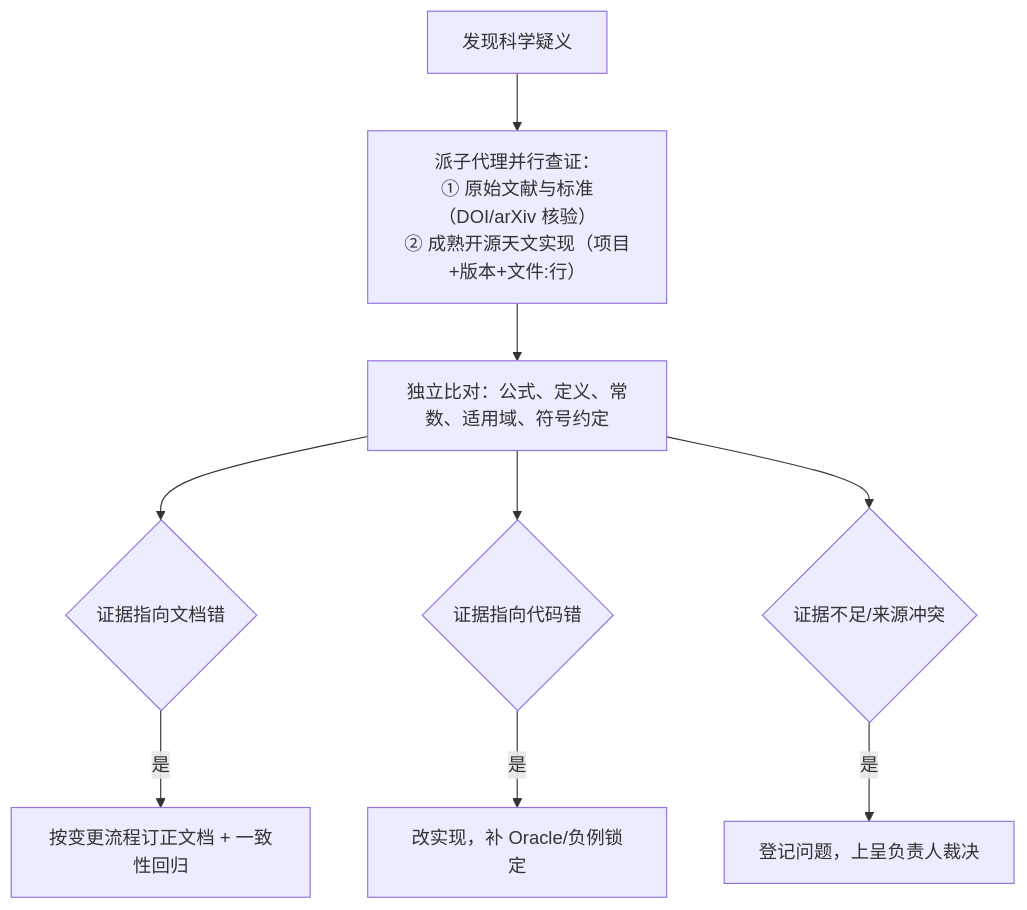
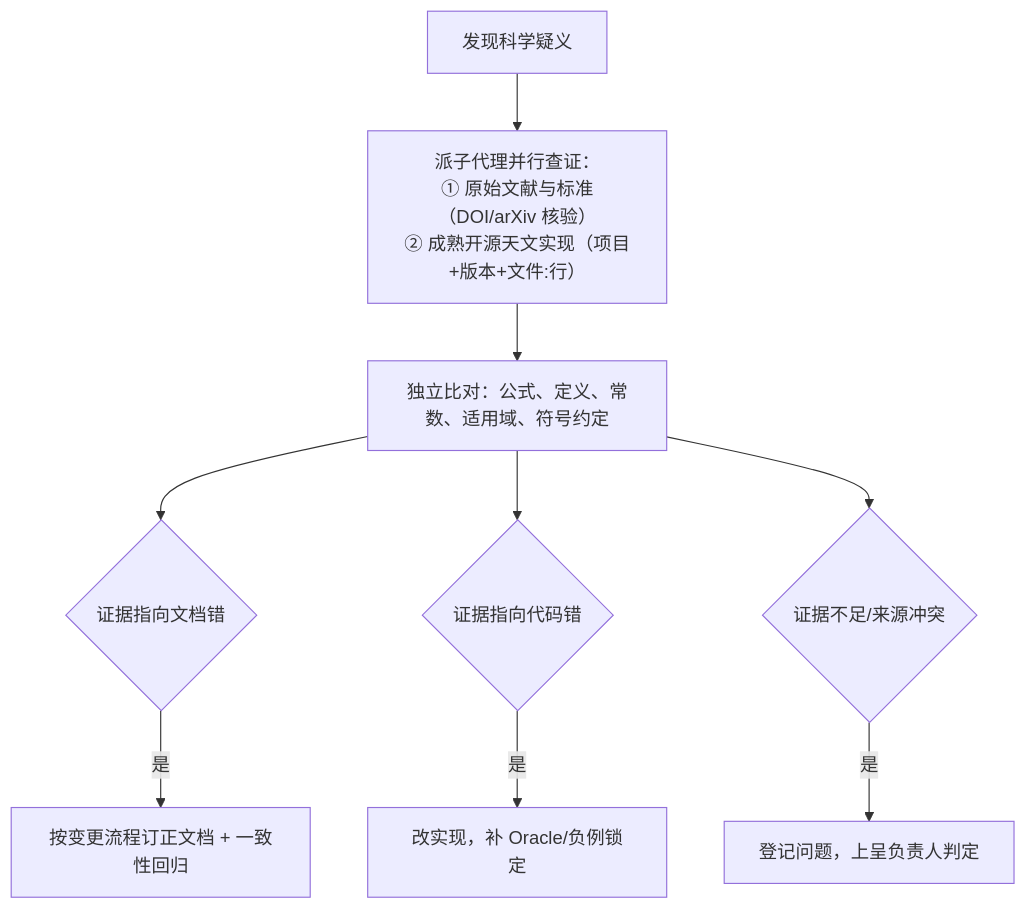
Before and after one commit to fujiaze/Astro-CS-Database: the second of 2 diagrams in AGENTS.md, drawn with Mermaid. The commit also changed other lines of this file and 14 other files, not shown here.

````diff
--- a/AGENTS.md
+++ b/AGENTS.md
@@ -172,11 +172,11 @@
 ```mermaid
 flowchart TD
     Q["发现科学疑义"] --> SUB["派子代理并行查证：<br/>① 原始文献与标准（DOI/arXiv 核验）<br/>② 成熟开源天文实现（项目+版本+文件:行）"]
     SUB --> J["独立比对：公式、定义、常数、适用域、符号约定"]
     J --> D1{"证据指向文档错"}
     J --> D2{"证据指向代码错"}
     J --> D3{"证据不足/来源冲突"}
     D1 -->|是| C1["按变更流程订正文档 + 一致性回归"]
     D2 -->|是| C2["改实现，补 Oracle/负例锁定"]
-    D3 -->|是| C3["登记问题，上呈负责人裁决"]
+    D3 -->|是| C3["登记问题，上呈负责人判定"]
 ```
````
